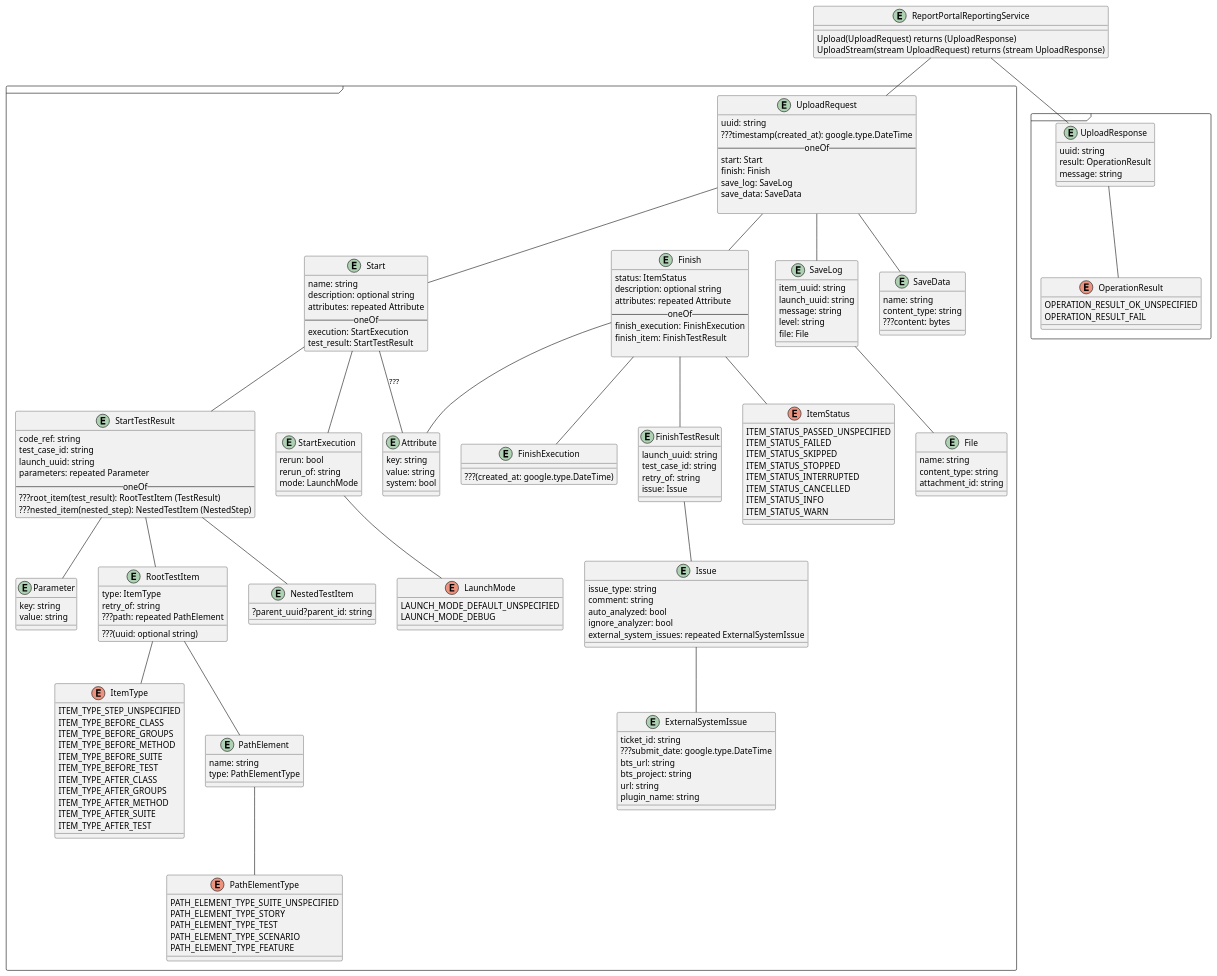
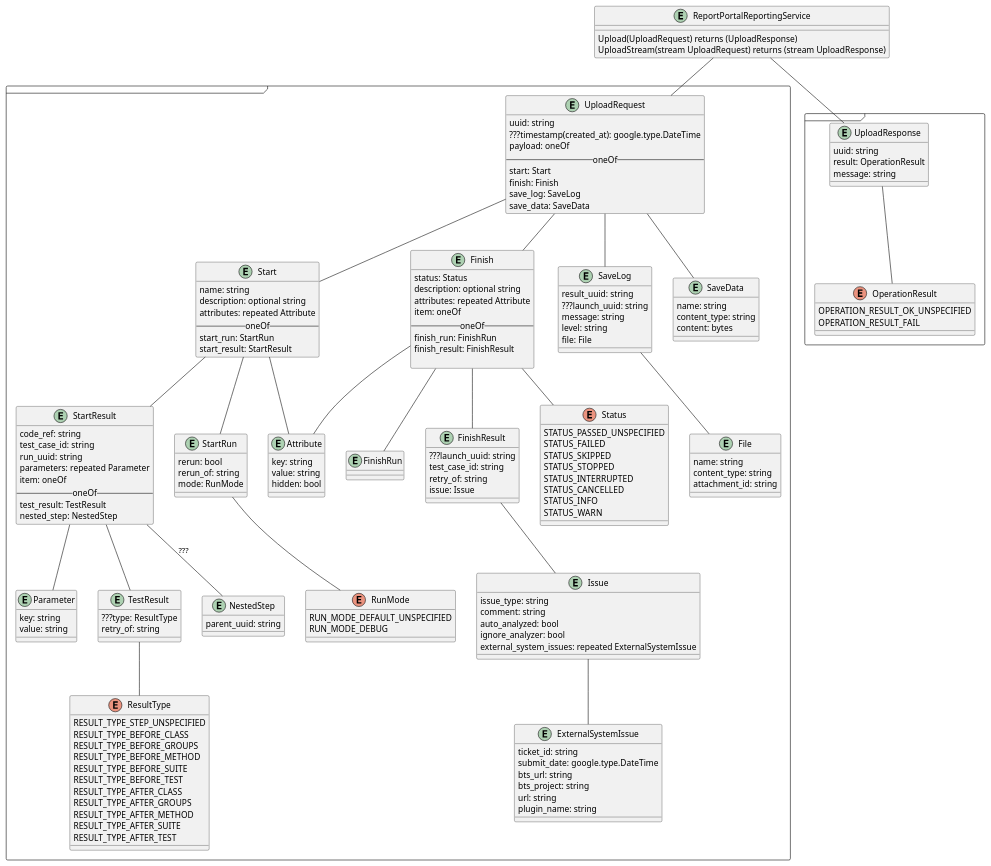
The diagram in docs/model.puml (reportportal/api-registry), drawn with PlantUML before and after one commit.

Commit message:
Patch model

```diff
--- a/docs/model.puml
+++ b/docs/model.puml
@@ -9,12 +9,12 @@
   Entity UploadRequest {
     uuid: string
     ???timestamp(created_at): google.type.DateTime
+    payload: oneOf
     --oneOf--
     start: Start
     finish: Finish
     save_log: SaveLog
     save_data: SaveData
-
   }
 
   Entity Start {
@@ -22,53 +22,51 @@
     description: optional string
     attributes: repeated Attribute
     --oneOf--
-    execution: StartExecution
-    test_result: StartTestResult
+    start_run: StartRun
+    start_result: StartResult
   }
 
-  Entity StartTestResult {
+  Entity StartResult {
     code_ref: string
     test_case_id: string
-    launch_uuid: string
+    run_uuid: string
     parameters: repeated Parameter
+    item: oneOf
     --oneOf--
-    ???root_item(test_result): RootTestItem (TestResult)
-    ???nested_item(nested_step): NestedTestItem (NestedStep)
+    test_result: TestResult
+    nested_step: NestedStep
   }
 
-  Entity RootTestItem {
-    type: ItemType
+  Entity TestResult {
+    ???type: ResultType
     retry_of: string
-    ???path: repeated PathElement
-    ???(uuid: optional string)
   }
 
-  Entity NestedTestItem {
-    ?parent_uuid?parent_id: string
+  Entity NestedStep {
+    parent_uuid: string
   }
 
-  Entity StartExecution {
+  Entity StartRun {
     rerun: bool
     rerun_of: string
-    mode: LaunchMode
+    mode: RunMode
   }
 
   Entity Finish {
-    status: ItemStatus
+    status: Status
     description: optional string
     attributes: repeated Attribute
+    item: oneOf
     --oneOf--
-    finish_execution: FinishExecution
-    finish_item: FinishTestResult
+    finish_run: FinishRun
+    finish_result: FinishResult
 
   }
 
-  Entity FinishExecution {
-    ???(created_at: google.type.DateTime)
-  }
+  Entity FinishRun {}
 
-  Entity FinishTestResult {
-    launch_uuid: string
+  Entity FinishResult {
+    ???launch_uuid: string
     test_case_id: string
     retry_of: string
     issue: Issue
@@ -84,7 +82,7 @@
 
   Entity ExternalSystemIssue {
     ticket_id: string
-    ???submit_date: google.type.DateTime
+    submit_date: google.type.DateTime
     bts_url: string
     bts_project: string
     url: string
@@ -92,8 +90,8 @@
   }
 
   Entity SaveLog {
-    item_uuid: string
-    launch_uuid: string
+    result_uuid: string
+    ???launch_uuid: string
     message: string
     level: string
     file: File
@@ -108,60 +106,48 @@
   Entity SaveData {
     name: string
     content_type: string
-    ???content: bytes
+    content: bytes
   }
 
   Entity Attribute {
     key: string
     value: string
-    system: bool
+    hidden: bool
   }
 
   Entity Parameter {
     key: string
     value: string
   }
-  Entity PathElement {
-    name: string
-    type: PathElementType
+
+  enum ResultType {
+    RESULT_TYPE_STEP_UNSPECIFIED
+    RESULT_TYPE_BEFORE_CLASS
+    RESULT_TYPE_BEFORE_GROUPS
+    RESULT_TYPE_BEFORE_METHOD
+    RESULT_TYPE_BEFORE_SUITE
+    RESULT_TYPE_BEFORE_TEST
+    RESULT_TYPE_AFTER_CLASS
+    RESULT_TYPE_AFTER_GROUPS
+    RESULT_TYPE_AFTER_METHOD
+    RESULT_TYPE_AFTER_SUITE
+    RESULT_TYPE_AFTER_TEST
   }
 
-  enum PathElementType {
-    PATH_ELEMENT_TYPE_SUITE_UNSPECIFIED
-    PATH_ELEMENT_TYPE_STORY
-    PATH_ELEMENT_TYPE_TEST
-    PATH_ELEMENT_TYPE_SCENARIO
-    PATH_ELEMENT_TYPE_FEATURE
+  enum Status {
+    STATUS_PASSED_UNSPECIFIED
+    STATUS_FAILED
+    STATUS_SKIPPED
+    STATUS_STOPPED
+    STATUS_INTERRUPTED
+    STATUS_CANCELLED
+    STATUS_INFO
+    STATUS_WARN
   }
 
-  enum ItemType {
-    ITEM_TYPE_STEP_UNSPECIFIED
-    ITEM_TYPE_BEFORE_CLASS
-    ITEM_TYPE_BEFORE_GROUPS
-    ITEM_TYPE_BEFORE_METHOD
-    ITEM_TYPE_BEFORE_SUITE
-    ITEM_TYPE_BEFORE_TEST
-    ITEM_TYPE_AFTER_CLASS
-    ITEM_TYPE_AFTER_GROUPS
-    ITEM_TYPE_AFTER_METHOD
-    ITEM_TYPE_AFTER_SUITE
-    ITEM_TYPE_AFTER_TEST
-  }
-
-  enum ItemStatus {
-    ITEM_STATUS_PASSED_UNSPECIFIED
-    ITEM_STATUS_FAILED
-    ITEM_STATUS_SKIPPED
-    ITEM_STATUS_STOPPED
-    ITEM_STATUS_INTERRUPTED
-    ITEM_STATUS_CANCELLED
-    ITEM_STATUS_INFO
-    ITEM_STATUS_WARN
-  }
-
-  enum LaunchMode {
-    LAUNCH_MODE_DEFAULT_UNSPECIFIED
-    LAUNCH_MODE_DEBUG
+  enum RunMode {
+    RUN_MODE_DEFAULT_UNSPECIFIED
+    RUN_MODE_DEBUG
   }
 }
 
@@ -186,27 +172,24 @@
 UploadRequest -- SaveLog
 UploadRequest -- SaveData
 
-Start -- StartExecution
-Start -- StartTestResult
-Start -- Attribute :???
+Start -- StartRun
+Start -- StartResult
+Start -- Attribute
 
-StartExecution -- LaunchMode
+StartRun -- RunMode
 
-StartTestResult -- RootTestItem
-StartTestResult -- NestedTestItem
-StartTestResult -- Parameter
+StartResult -- TestResult
+StartResult -- NestedStep : ???
+StartResult -- Parameter
 
-RootTestItem -- PathElement
-RootTestItem -- ItemType
+TestResult -- ResultType
 
-PathElement -- PathElementType
-
-Finish -- FinishExecution
-Finish -- FinishTestResult
-Finish -- ItemStatus
+Finish -- FinishRun
+Finish -- FinishResult
+Finish -- Status
 Finish -- Attribute
 
-FinishTestResult -- Issue
+FinishResult -- Issue
 
 Issue -- ExternalSystemIssue
 
```
